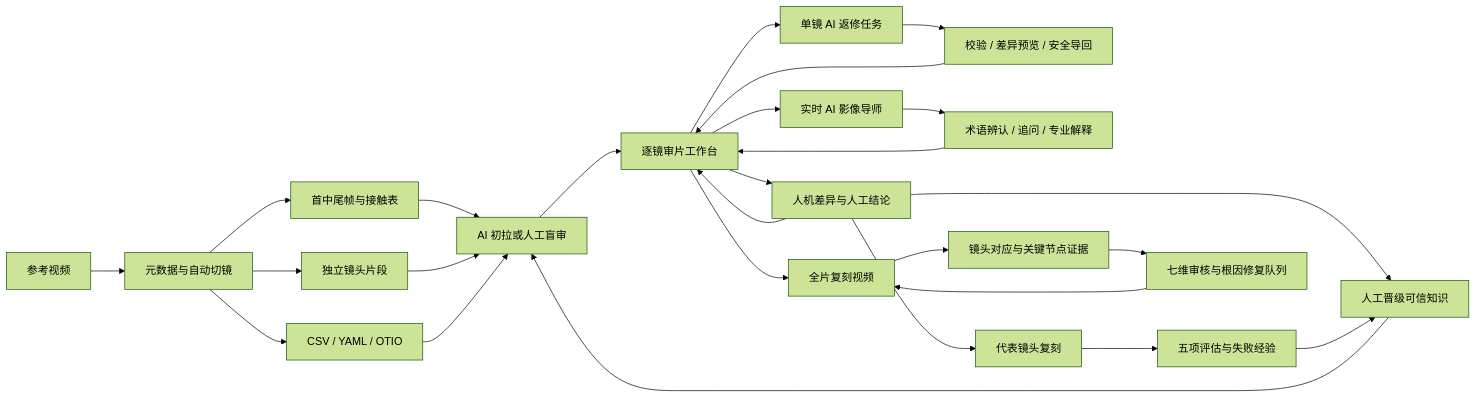
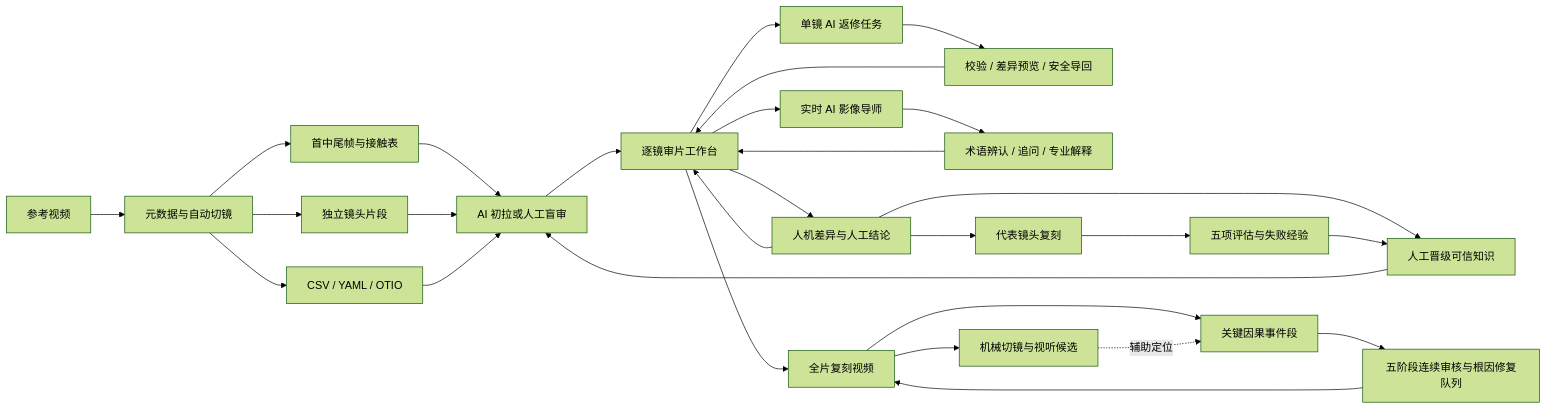
One commit to cd112233/lapian-chaoren changed the diagram in ARCHITECTURE.md. Above: the diagram before and after it, drawn with Mermaid (forest theme). The commit also changed other lines of this file and 13 other files, not shown here.

````diff
--- a/ARCHITECTURE.md
+++ b/ARCHITECTURE.md
@@ -14,28 +14,30 @@
 ```mermaid
 flowchart LR
     A[参考视频] --> B[元数据与自动切镜]
     B --> C[首中尾帧与接触表]
     B --> D[独立镜头片段]
     B --> E[CSV / YAML / OTIO]
     C --> F[AI 初拉或人工盲审]
     D --> F
     E --> F
     F --> G[逐镜审片工作台]
     G --> H[人机差异与人工结论]
     H --> G
     G --> I[单镜 AI 返修任务]
     I --> J[校验 / 差异预览 / 安全导回]
     J --> G
     G --> L[实时 AI 影像导师]
     L --> M[术语辨认 / 追问 / 专业解释]
     M --> G
     H --> N[人工晋级可信知识]
     N --> F
     H --> K[代表镜头复刻]
     K --> O[五项评估与失败经验]
     O --> N
     G --> P[全片复刻视频]
-    P --> Q[镜头对应与关键节点证据]
-    Q --> R[七维审核与根因修复队列]
+    P --> Q[关键因果事件段]
+    Q --> R[五阶段连续审核与根因修复队列]
+    P --> S[机械切镜与视听候选]
+    S -.->|辅助定位| Q
     R --> P
 ```
````
